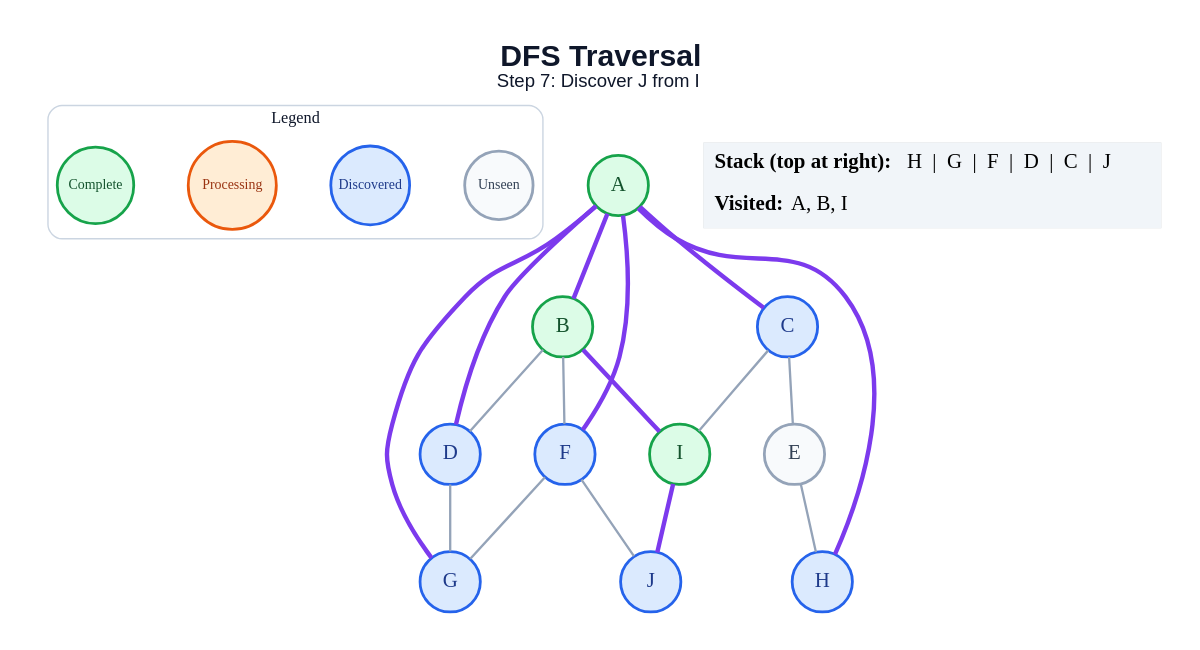
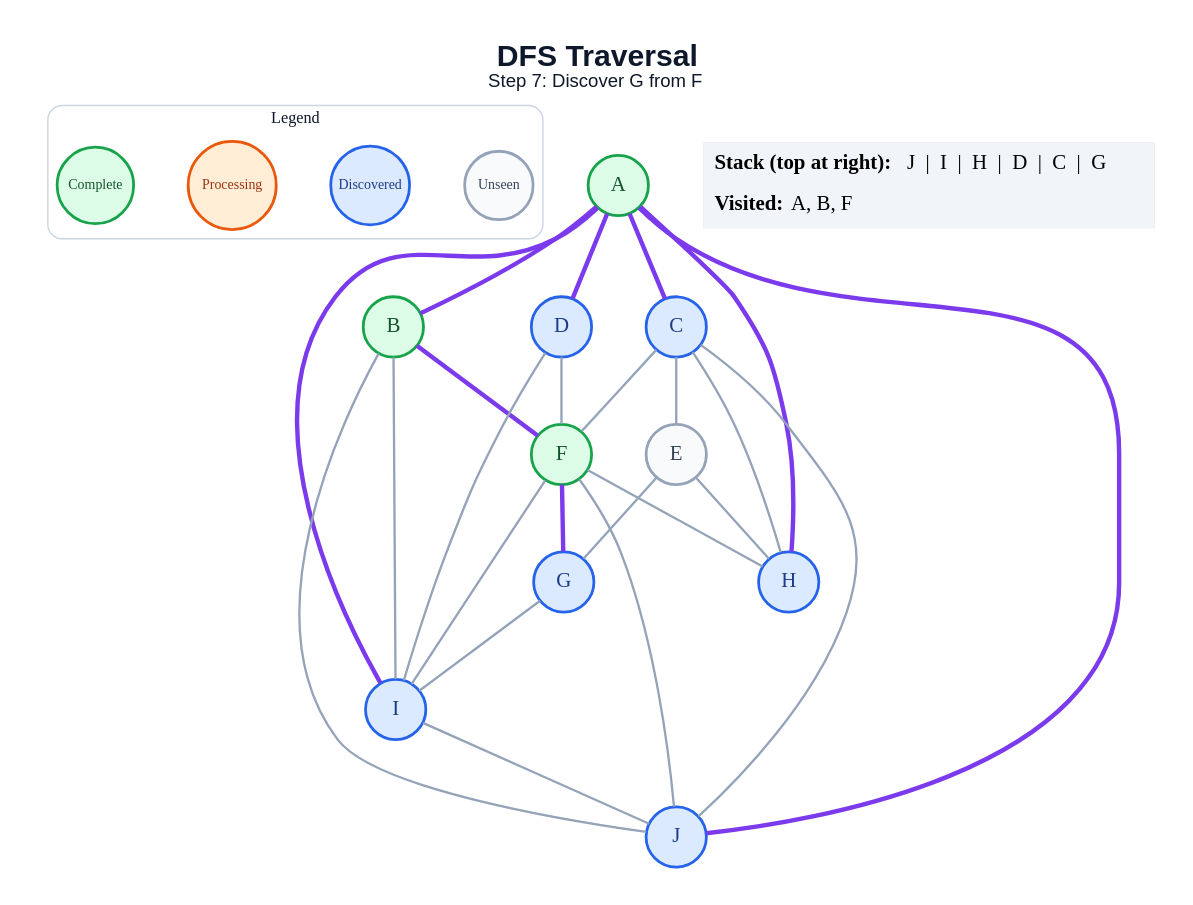
One commit to amanghodawala9/ai-slop changed the diagram in generated/dfs/step_07.dot. Above: the diagram before and after it, drawn with Graphviz. The commit also changed 178 other files, not shown here.

```diff
--- a/generated/dfs/step_07.dot
+++ b/generated/dfs/step_07.dot
@@ -1,45 +1,52 @@
 graph traversal {
   graph [layout=dot, rankdir=TB, bgcolor="#FFFFFF", pad="0.35", nodesep="0.65", ranksep="0.8", fontname="Arial"];
   node [shape=circle, style="filled", fontname="Arial Bold", fontsize=18, width=0.72, fixedsize=true, penwidth=2.4];
   edge [color="#94A3B8", penwidth=2.0];
-  label=<<B>DFS Traversal</B><BR/><FONT POINT-SIZE="16">Step 7: Discover J from I</FONT>>; labelloc="t"; fontsize=26; fontname="Arial"; fontcolor="#0F172A";
+  label=<<B>DFS Traversal</B><BR/><FONT POINT-SIZE="16">Step 7: Discover G from F</FONT>>; labelloc="t"; fontsize=26; fontname="Arial"; fontcolor="#0F172A";
   subgraph cluster_legend { label="Legend"; color="#CBD5E1"; penwidth=1.2; style="rounded"; fontsize=14; fontname="Arial Bold";
     key_unseen [label="Unseen", fillcolor="#F8FAFC", color="#94A3B8", fontcolor="#334155", fontsize=12, width=0.82];
     key_frontier [label="Discovered", fillcolor="#DBEAFE", color="#2563EB", fontcolor="#1E3A8A", fontsize=12, width=0.95];
     key_current [label="Processing", fillcolor="#FFEDD5", color="#EA580C", fontcolor="#9A3412", fontsize=12, width=1.05];
     key_done [label="Complete", fillcolor="#DCFCE7", color="#16A34A", fontcolor="#14532D", fontsize=12, width=0.92];
     { rank=same; key_unseen; key_frontier; key_current; key_done; }
   }
   A [fillcolor="#DCFCE7", color="#16A34A", fontcolor="#14532D"];
   B [fillcolor="#DCFCE7", color="#16A34A", fontcolor="#14532D"];
   C [fillcolor="#DBEAFE", color="#2563EB", fontcolor="#1E3A8A"];
   D [fillcolor="#DBEAFE", color="#2563EB", fontcolor="#1E3A8A"];
   E [fillcolor="#F8FAFC", color="#94A3B8", fontcolor="#334155"];
-  F [fillcolor="#DBEAFE", color="#2563EB", fontcolor="#1E3A8A"];
+  F [fillcolor="#DCFCE7", color="#16A34A", fontcolor="#14532D"];
   G [fillcolor="#DBEAFE", color="#2563EB", fontcolor="#1E3A8A"];
   H [fillcolor="#DBEAFE", color="#2563EB", fontcolor="#1E3A8A"];
-  I [fillcolor="#DCFCE7", color="#16A34A", fontcolor="#14532D"];
+  I [fillcolor="#DBEAFE", color="#2563EB", fontcolor="#1E3A8A"];
   J [fillcolor="#DBEAFE", color="#2563EB", fontcolor="#1E3A8A"];
   A -- B [color="#7C3AED", penwidth=3.8];
   A -- C [color="#7C3AED", penwidth=3.8];
   A -- D [color="#7C3AED", penwidth=3.8];
-  A -- F [color="#7C3AED", penwidth=3.8];
-  A -- G [color="#7C3AED", penwidth=3.8];
   A -- H [color="#7C3AED", penwidth=3.8];
-  B -- D;
-  B -- F;
-  B -- I [color="#7C3AED", penwidth=3.8];
+  A -- I [color="#7C3AED", penwidth=3.8];
+  A -- J [color="#7C3AED", penwidth=3.8];
+  B -- F [color="#7C3AED", penwidth=3.8];
+  B -- I;
+  B -- J;
   C -- E;
-  C -- I;
-  D -- G;
+  C -- F;
+  C -- H;
+  C -- J;
+  D -- F;
+  D -- I;
+  E -- G;
   E -- H;
-  F -- G;
+  F -- G [color="#7C3AED", penwidth=3.8];
+  F -- H;
+  F -- I;
   F -- J;
-  I -- J [color="#7C3AED", penwidth=3.8];
+  G -- I;
+  I -- J;
   status [shape=plain, fixedsize=false, width=0, height=0, margin=0, label=<
     <TABLE BORDER="0" CELLBORDER="0" CELLPADDING="7" BGCOLOR="#F1F5F9">
-      <TR><TD ALIGN="LEFT"><B>Stack (top at right):</B> H  |  G  |  F  |  D  |  C  |  J</TD></TR>
-      <TR><TD ALIGN="LEFT"><B>Visited:</B> A, B, I</TD></TR>
+      <TR><TD ALIGN="LEFT"><B>Stack (top at right):</B> J  |  I  |  H  |  D  |  C  |  G</TD></TR>
+      <TR><TD ALIGN="LEFT"><B>Visited:</B> A, B, F</TD></TR>
     </TABLE>
   >];
 }
```
